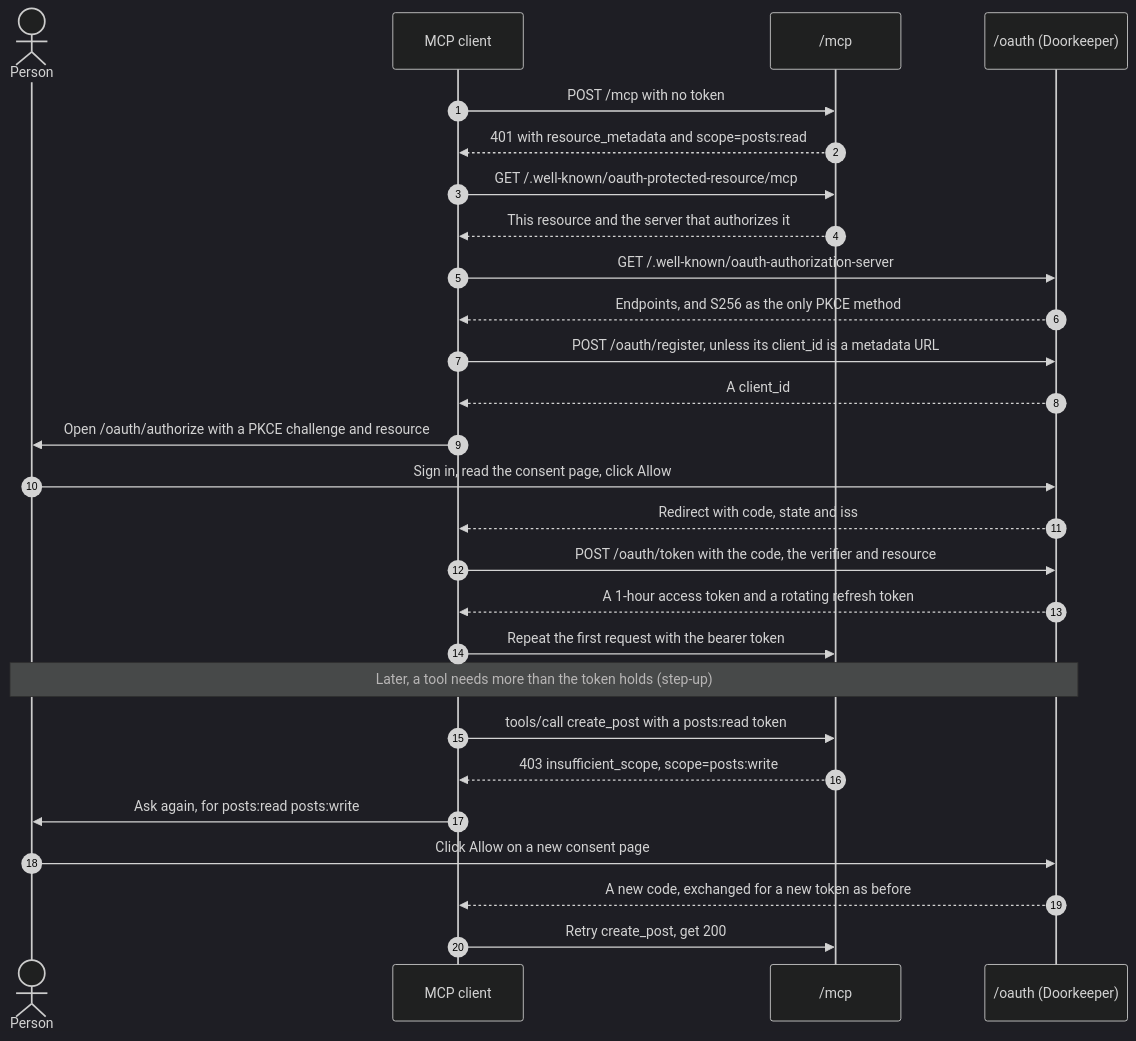
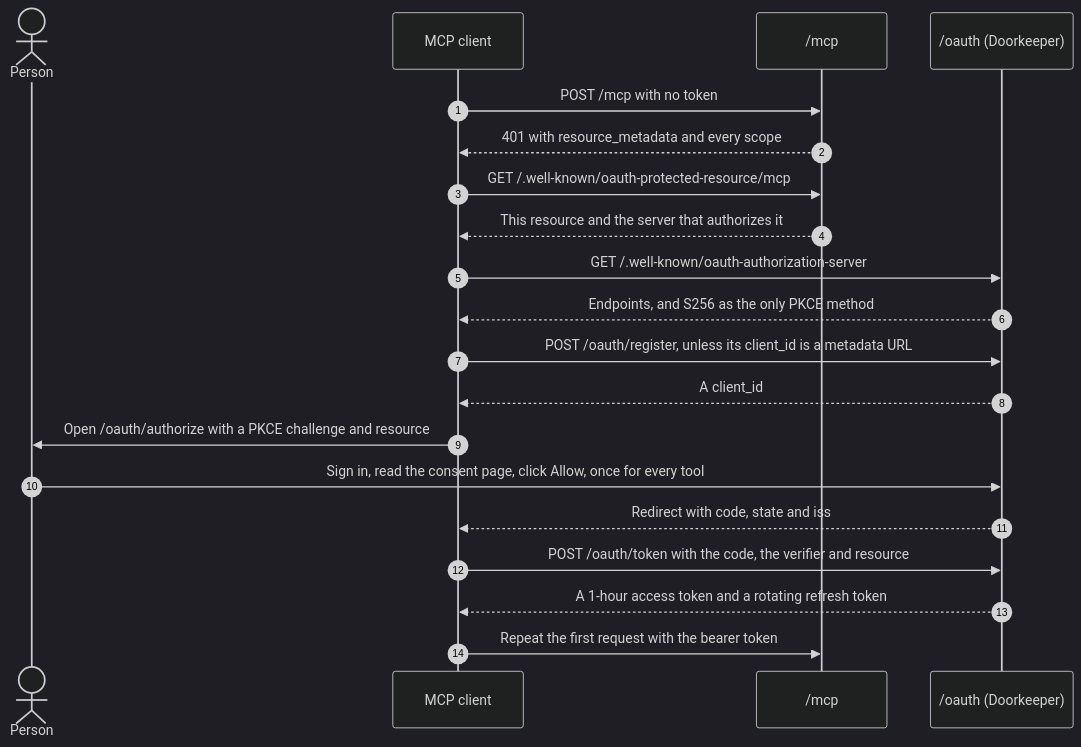
The third of 3 diagrams in README.md (serhiidedik/rails_mcp_simple_example), drawn with Mermaid (dark theme) before and after one commit. The commit also changed other lines of this file and 12 other files, not shown here.

First line of the commit message:
feat(oauth): Ask for one consent that covers every entity and tool

````diff
--- a/README.md
+++ b/README.md
@@ -141,31 +141,24 @@
 ```mermaid
 sequenceDiagram
     autonumber
     actor U as Person
     participant C as MCP client
     participant M as /mcp
     participant O as /oauth (Doorkeeper)
 
     C->>M: POST /mcp with no token
-    M-->>C: 401 with resource_metadata and scope=posts:read
+    M-->>C: 401 with resource_metadata and every scope
     C->>M: GET /.well-known/oauth-protected-resource/mcp
     M-->>C: This resource and the server that authorizes it
     C->>O: GET /.well-known/oauth-authorization-server
     O-->>C: Endpoints, and S256 as the only PKCE method
     C->>O: POST /oauth/register, unless its client_id is a metadata URL
     O-->>C: A client_id
     C->>U: Open /oauth/authorize with a PKCE challenge and resource
-    U->>O: Sign in, read the consent page, click Allow
+    U->>O: Sign in, read the consent page, click Allow, once for every tool
     O-->>C: Redirect with code, state and iss
     C->>O: POST /oauth/token with the code, the verifier and resource
     O-->>C: A 1-hour access token and a rotating refresh token
     C->>M: Repeat the first request with the bearer token
 
-    Note over U,O: Later, a tool needs more than the token holds (step-up)
-    C->>M: tools/call create_post with a posts:read token
-    M-->>C: 403 insufficient_scope, scope=posts:write
-    C->>U: Ask again, for posts:read posts:write
-    U->>O: Click Allow on a new consent page
-    O-->>C: A new code, exchanged for a new token as before
-    C->>M: Retry create_post, get 200
 ```
````
